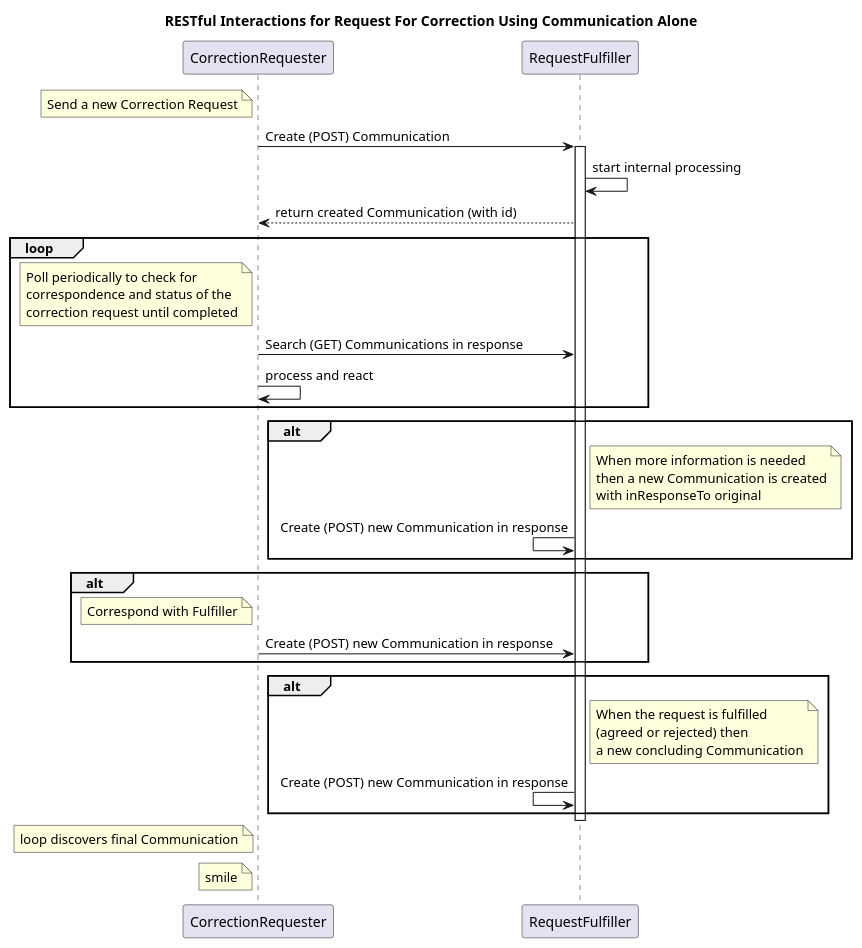
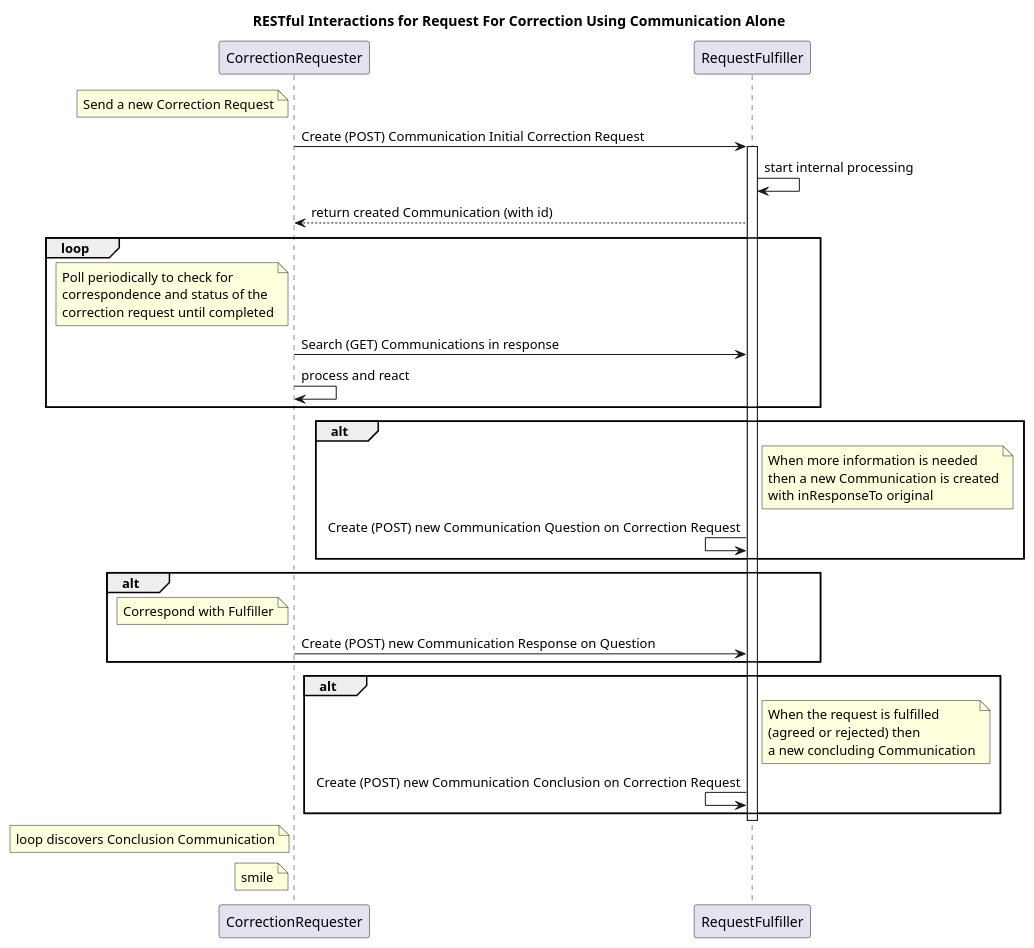
One commit to HL7/fhir-patient-correction changed the diagram in input/images-source/comm-rest-request.plantuml. Above: the diagram before and after it, drawn with PlantUML. The commit also changed 24 other files, not shown here.

Commit message:
cleanup sequence diagrams, remove old ones, and add details in Communication flow

```diff
--- a/input/images-source/comm-rest-request.plantuml
+++ b/input/images-source/comm-rest-request.plantuml
@@ -1,53 +1,53 @@
 @startuml
 title RESTful Interactions for Request For Correction Using Communication Alone
 
 note left of CorrectionRequester
 Send a new Correction Request
 end note
-CorrectionRequester->RequestFulfiller: Create (POST) Communication
+CorrectionRequester->RequestFulfiller: Create (POST) Communication Initial Correction Request
 activate RequestFulfiller
 RequestFulfiller->RequestFulfiller: start internal processing
 RequestFulfiller-->CorrectionRequester: return created Communication (with id)
 
 
 loop
 note left of CorrectionRequester
 Poll periodically to check for 
 correspondence and status of the 
 correction request until completed
 end note
 CorrectionRequester->RequestFulfiller: Search (GET) Communications in response
 CorrectionRequester -> CorrectionRequester: process and react
 end
 
 alt
 note right of RequestFulfiller
 When more information is needed
 then a new Communication is created
 with inResponseTo original
 end note
-RequestFulfiller<-RequestFulfiller: Create (POST) new Communication in response
+RequestFulfiller<-RequestFulfiller: Create (POST) new Communication Question on Correction Request
 end
 
 alt
 note left of CorrectionRequester
 Correspond with Fulfiller
 end note
-CorrectionRequester->RequestFulfiller: Create (POST) new Communication in response
+CorrectionRequester->RequestFulfiller: Create (POST) new Communication Response on Question
 end
 
 
 
 alt
 note right of RequestFulfiller
 When the request is fulfilled
 (agreed or rejected) then 
 a new concluding Communication
 end note
-RequestFulfiller<-RequestFulfiller: Create (POST) new Communication in response
+RequestFulfiller<-RequestFulfiller: Create (POST) new Communication Conclusion on Correction Request
 end
 
 Deactivate RequestFulfiller
-note left of CorrectionRequester: loop discovers final Communication
+note left of CorrectionRequester: loop discovers Conclusion Communication
 note left of CorrectionRequester: smile
 @enduml
```
